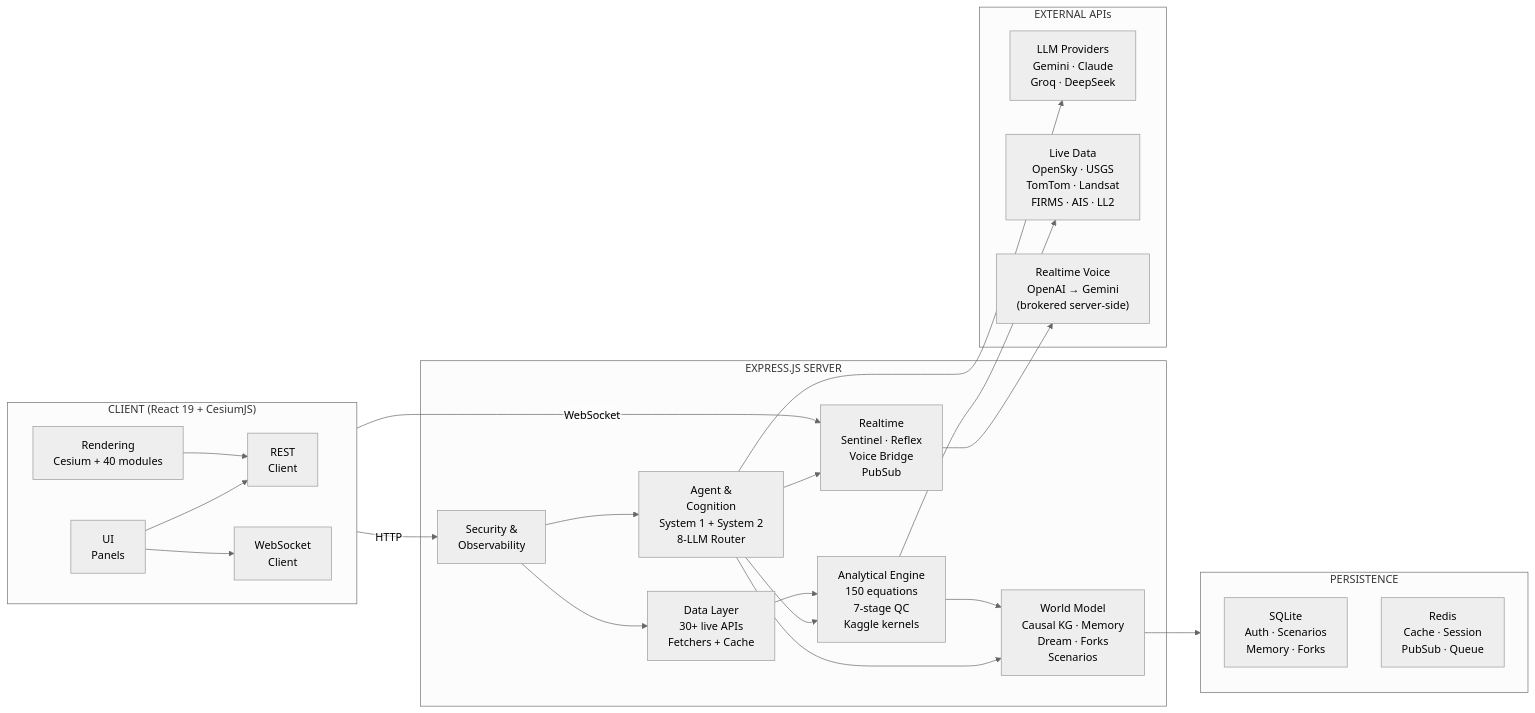
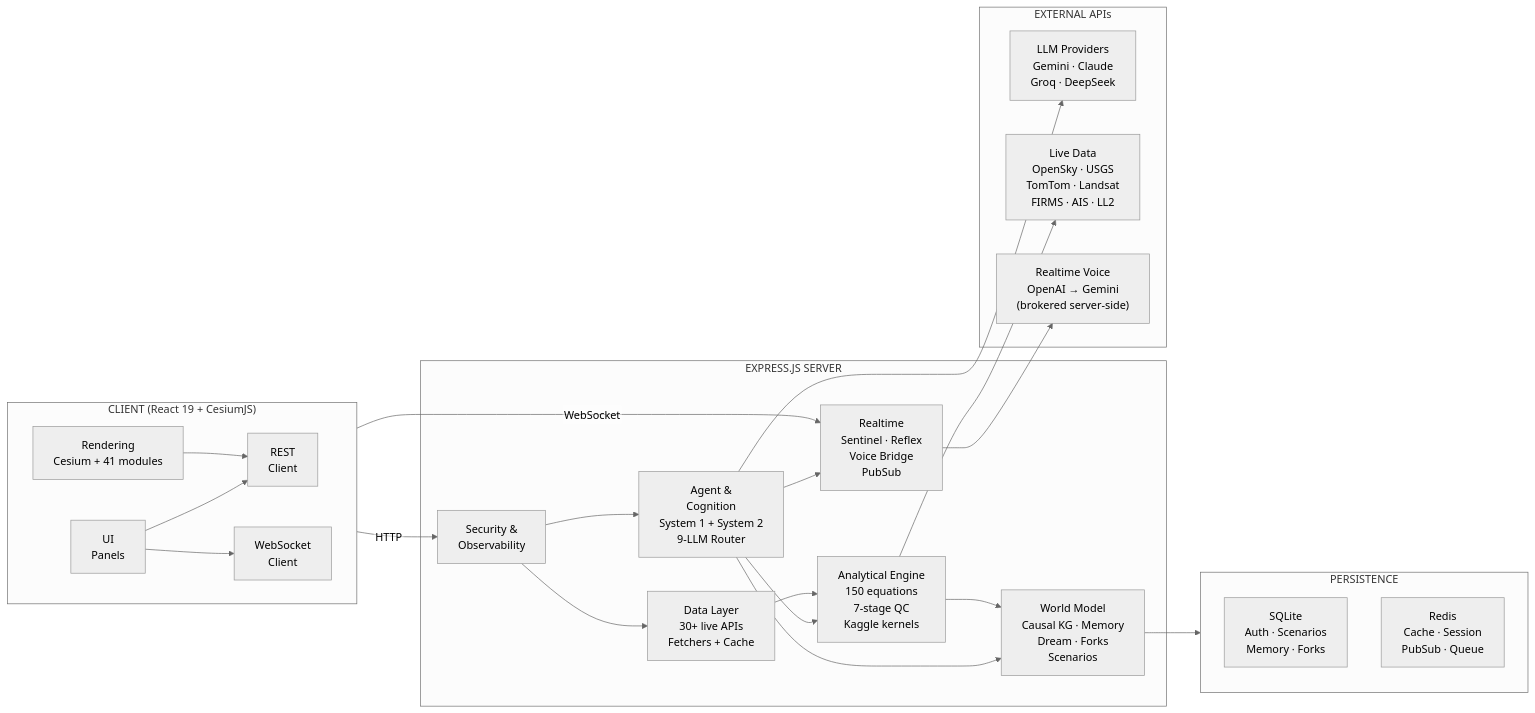
One commit to sreyassanker/Terranoetis changed the first of 3 diagrams in docs/ARCHITECTURE.md. Above: the diagram before and after it, drawn with Mermaid. The commit also changed other lines of this file and 7 other files, not shown here.

````diff
--- a/docs/ARCHITECTURE.md
+++ b/docs/ARCHITECTURE.md
@@ -27,48 +27,48 @@
 ```mermaid
 %%{init: {'theme': 'neutral', 'flowchart': {'htmlLabels': false}}}%%
 flowchart LR
     subgraph CLIENT["CLIENT (React 19 + CesiumJS)"]
         direction LR
         UI["UI\nPanels"]
-        Render["Rendering\nCesium + 40 modules"]
+        Render["Rendering\nCesium + 41 modules"]
         WS["WebSocket\nClient"]
         API["REST\nClient"]
         UI --> API
         Render --> API
         UI --> WS
     end
 
     subgraph SERVER["EXPRESS.JS SERVER"]
         Security["Security &\nObservability"]
-        Agents["Agent &\nCognition\nSystem 1 + System 2\n8-LLM Router"]
+        Agents["Agent &\nCognition\nSystem 1 + System 2\n9-LLM Router"]
         Engine["Analytical Engine\n150 equations\n7-stage QC\nKaggle kernels"]
         Data["Data Layer\n30+ live APIs\nFetchers + Cache"]
         Realtime["Realtime\nSentinel · Reflex\nVoice Bridge\nPubSub"]
         Services["World Model\nCausal KG · Memory\nDream · Forks\nScenarios"]
         Security --> Agents
         Security --> Data
         Agents --> Engine
         Data --> Engine
         Agents --> Realtime
         Agents --> Services
         Engine --> Services
     end
 
     subgraph STORAGE["PERSISTENCE"]
         SQLite["SQLite\nAuth · Scenarios\nMemory · Forks"]
         Redis["Redis\nCache · Session\nPubSub · Queue"]
     end
 
     subgraph EXTERNAL["EXTERNAL APIs"]
         LLM["LLM Providers\nGemini · Claude\nGroq · DeepSeek"]
         Live["Live Data\nOpenSky · USGS\nTomTom · Landsat\nFIRMS · AIS · LL2"]
         Voice["Realtime Voice\nOpenAI → Gemini\n(brokered server-side)"]
     end
 
     CLIENT -->|HTTP| Security
     CLIENT -->|WebSocket| Realtime
     Services --> STORAGE
     Engine --> Live
     Agents --> LLM
     Realtime --> Voice
 ```
````
